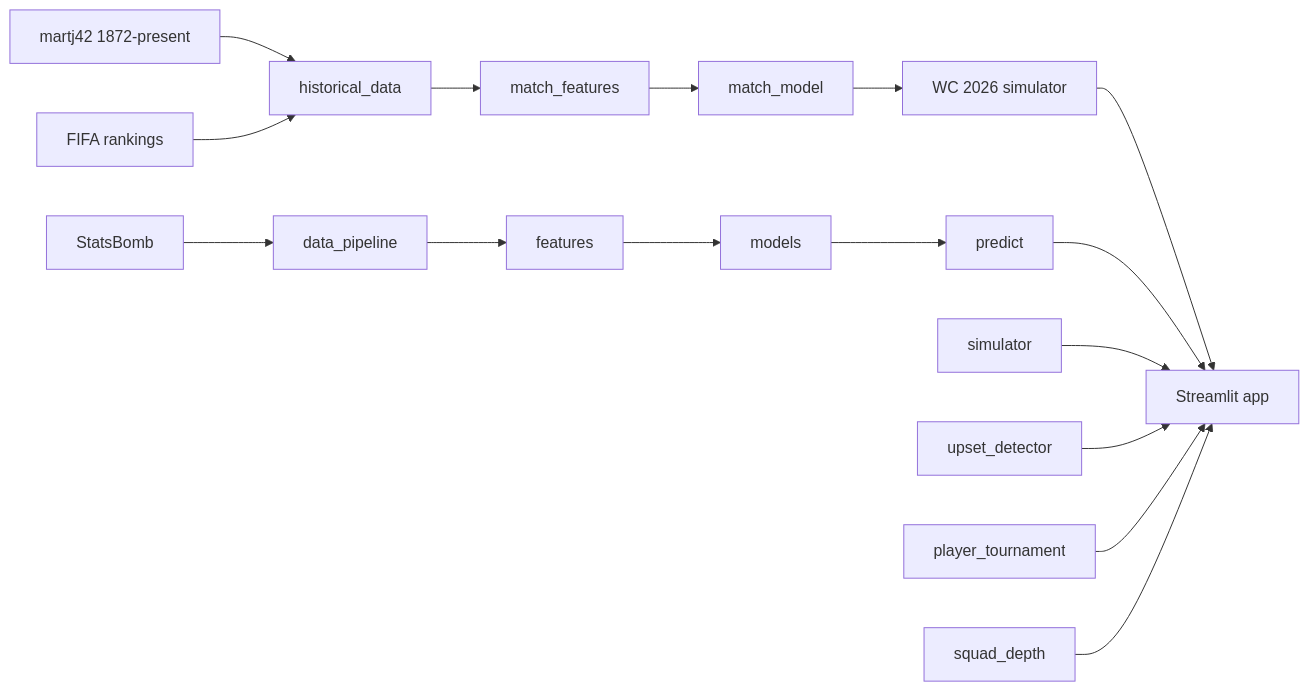
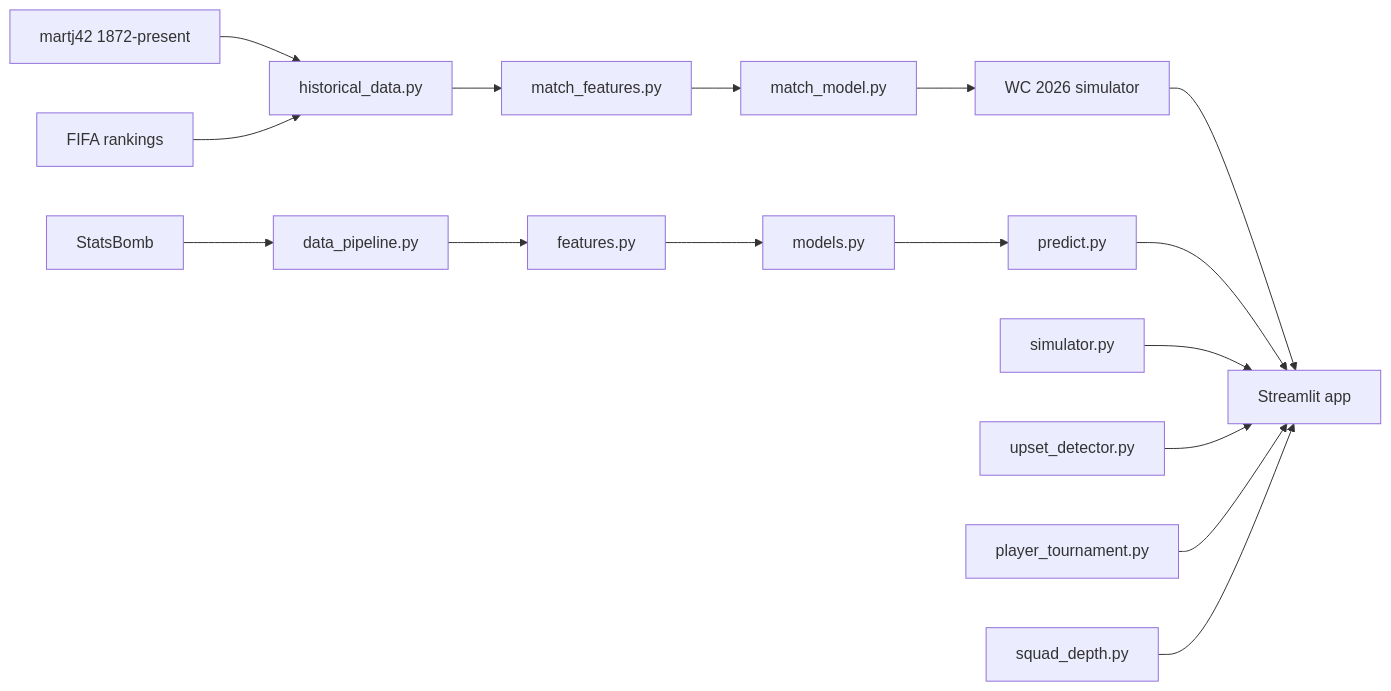
The diagram in README.md (SasiruVirajith/fifa-world-cup-2026-predictor), drawn with Mermaid before and after one commit.

Commit message:
updates to the architecture mermaid

````diff
--- a/README.md
+++ b/README.md
@@ -33,18 +33,18 @@
 ```mermaid
 flowchart LR
-    martj42[martj42 1872-present] --> historical_data
-    FIFA[FIFA rankings] --> historical_data
-    StatsBomb --> data_pipeline
-    historical_data --> match_features
-    match_features --> match_model
-    match_model --> wc2026_sim[WC 2026 simulator]
-    data_pipeline --> features
-    features --> models
-    models --> predict
-    wc2026_sim --> app[Streamlit app]
-    predict --> app
-    simulator --> app
-    upset_detector --> app
-    player_tournament --> app
-    squad_depth --> app
+    martj42["martj42 1872-present"] --> historical_data["historical_data.py"]
+    fifa["FIFA rankings"] --> historical_data
+    statsbomb["StatsBomb"] --> data_pipeline["data_pipeline.py"]
+    historical_data --> match_features["match_features.py"]
+    match_features --> match_model["match_model.py"]
+    match_model --> wc2026_sim["WC 2026 simulator"]
+    data_pipeline --> features["features.py"]
+    features --> models_py["models.py"]
+    models_py --> predict_py["predict.py"]
+    wc2026_sim --> streamlit_app["Streamlit app"]
+    predict_py --> streamlit_app
+    simulator["simulator.py"] --> streamlit_app
+    upset_detector["upset_detector.py"] --> streamlit_app
+    player_tournament["player_tournament.py"] --> streamlit_app
+    squad_depth["squad_depth.py"] --> streamlit_app
 ```
````
